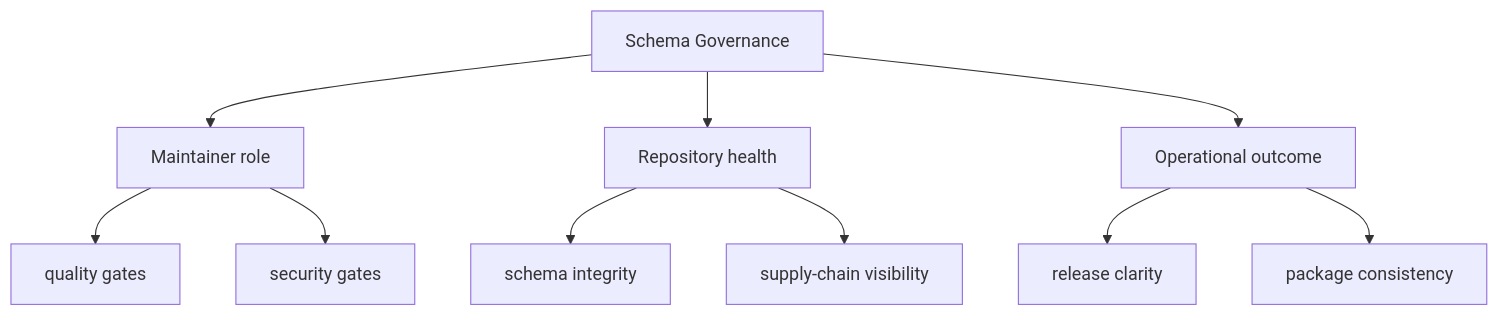
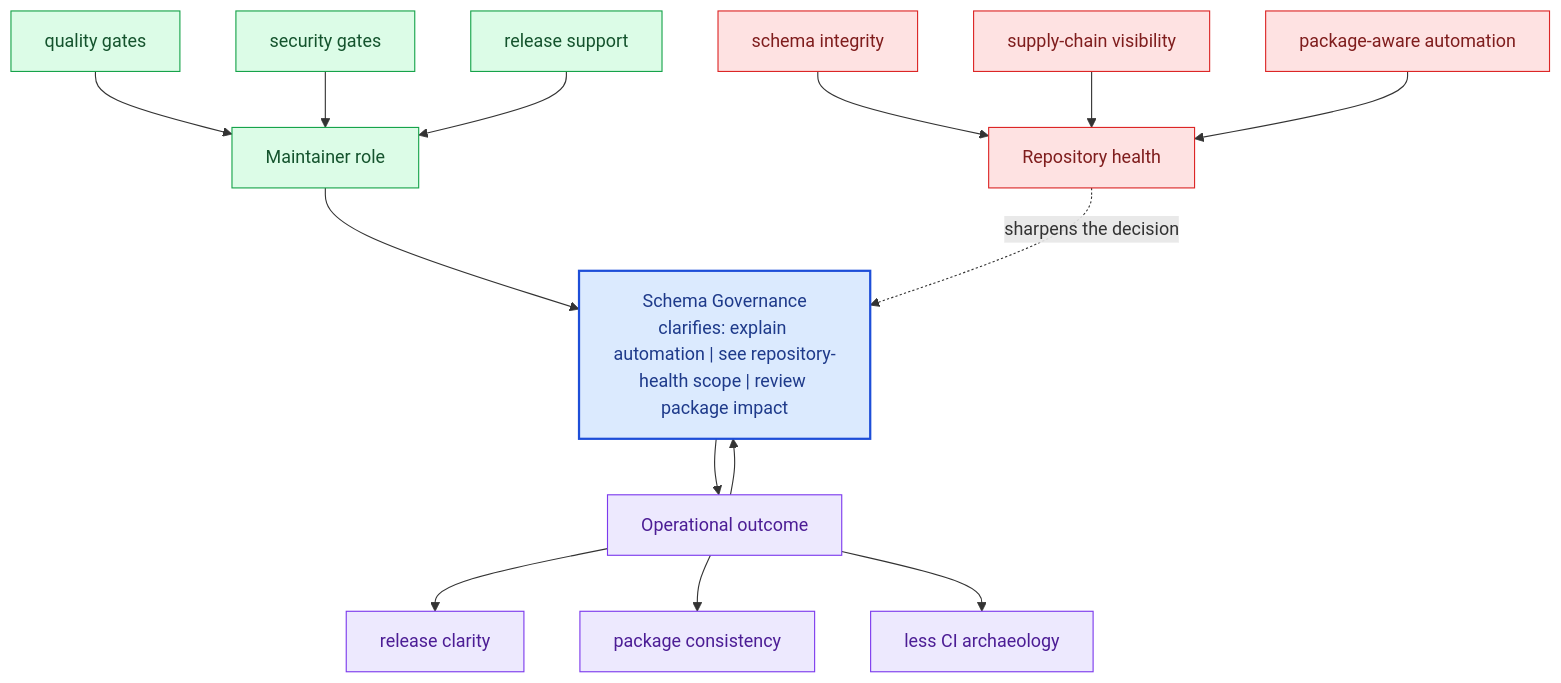
Before and after one commit to bijux/bijux-canon: the second of 2 diagrams in docs/bijux-canon-dev/schema-governance.md, drawn with Mermaid. The commit also changed other lines of this file and 281 other files, not shown here.

Commit message:
docs(diagrams): deepen handbook mermaid maps across the catalog

````diff
--- a/docs/bijux-canon-dev/schema-governance.md
+++ b/docs/bijux-canon-dev/schema-governance.md
@@ -35,22 +68,40 @@
 ```mermaid
-flowchart TD
-    page["Schema Governance"]
+flowchart TB
+    promise["Schema Governance<br/>clarifies: explain automation | see repository-health scope | review package impact"]
+    classDef promise fill:#dbeafe,stroke:#1d4ed8,color:#1e3a8a,stroke-width:2px;
+    classDef driver fill:#dcfce7,stroke:#16a34a,color:#14532d;
+    classDef constraint fill:#fee2e2,stroke:#dc2626,color:#7f1d1d;
+    classDef ground fill:#ede9fe,stroke:#7c3aed,color:#4c1d95;
     focus1["Maintainer role"]
-    page --> focus1
+    focus1 --> promise
     focus1_1["quality gates"]
-    focus1 --> focus1_1
+    focus1_1 --> focus1
     focus1_2["security gates"]
-    focus1 --> focus1_2
+    focus1_2 --> focus1
+    focus1_3["release support"]
+    focus1_3 --> focus1
+    class focus1 driver;
+    class focus1_1,focus1_2,focus1_3 driver;
     focus2["Repository health"]
-    page --> focus2
+    focus2 -.sharpens the decision.-> promise
     focus2_1["schema integrity"]
-    focus2 --> focus2_1
+    focus2_1 --> focus2
     focus2_2["supply-chain visibility"]
-    focus2 --> focus2_2
+    focus2_2 --> focus2
+    focus2_3["package-aware automation"]
+    focus2_3 --> focus2
+    class focus2 constraint;
+    class focus2_1,focus2_2,focus2_3 constraint;
     focus3["Operational outcome"]
-    page --> focus3
+    focus3 --> promise
+    promise --> focus3
     focus3_1["release clarity"]
     focus3 --> focus3_1
     focus3_2["package consistency"]
     focus3 --> focus3_2
+    focus3_3["less CI archaeology"]
+    focus3 --> focus3_3
+    class focus3 ground;
+    class focus3_1,focus3_2,focus3_3 ground;
+    class promise promise;
 ```
````
